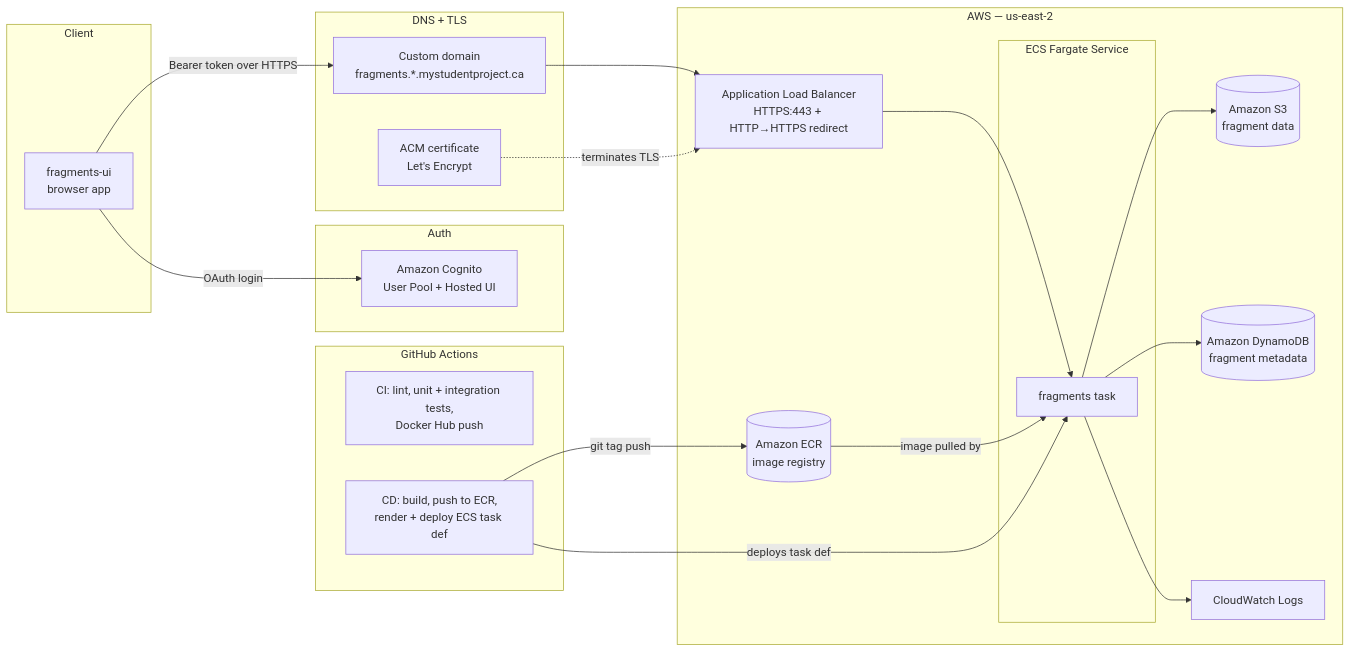
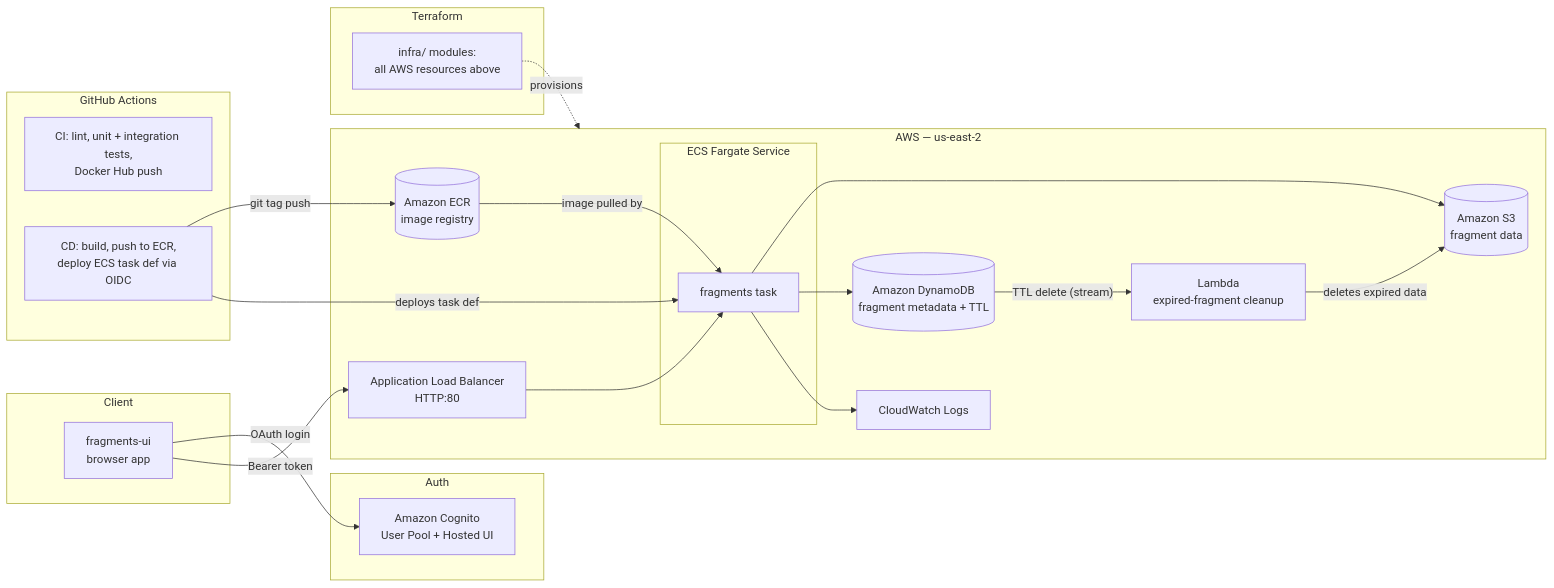
One commit to AjayMaan13/fragments changed the diagram in README.md. Above: the diagram before and after it, drawn with Mermaid. The commit also changed other lines of this file, not shown here.

Commit message:
Update README for the Terraform deployment and new features

````diff
--- a/README.md
+++ b/README.md
@@ -24,43 +28,44 @@
 ```mermaid
 flowchart LR
     subgraph Client
         UI[fragments-ui<br/>browser app]
     end
 
     subgraph Auth
         Cognito[Amazon Cognito<br/>User Pool + Hosted UI]
     end
 
-    subgraph Edge["DNS + TLS"]
-        DNS[Custom domain<br/>fragments.*.mystudentproject.ca]
-        ACM[ACM certificate<br/>Let's Encrypt]
-    end
-
     subgraph AWS["AWS — us-east-2"]
-        ALB[Application Load Balancer<br/>HTTPS:443 + HTTP→HTTPS redirect]
+        ALB[Application Load Balancer<br/>HTTP:80]
         subgraph ECS["ECS Fargate Service"]
             Task1[fragments task]
         end
         S3[(Amazon S3<br/>fragment data)]
-        Dynamo[(Amazon DynamoDB<br/>fragment metadata)]
+        Dynamo[(Amazon DynamoDB<br/>fragment metadata + TTL)]
+        Lambda[Lambda<br/>expired-fragment cleanup]
         CW[CloudWatch Logs]
         ECR[(Amazon ECR<br/>image registry)]
     end
 
     subgraph CICD["GitHub Actions"]
         CI[CI: lint, unit + integration tests,<br/>Docker Hub push]
-        CD[CD: build, push to ECR,<br/>render + deploy ECS task def]
+        CD[CD: build, push to ECR,<br/>deploy ECS task def via OIDC]
+    end
+
+    subgraph IaC["Terraform"]
+        TF[infra/ modules:<br/>all AWS resources above]
     end
 
     UI -- OAuth login --> Cognito
-    UI -- Bearer token over HTTPS --> DNS
-    DNS --> ALB
-    ACM -. terminates TLS .-> ALB
+    UI -- Bearer token --> ALB
     ALB --> Task1
     Task1 --> S3
     Task1 --> Dynamo
+    Dynamo -- "TTL delete (stream)" --> Lambda
+    Lambda -- deletes expired data --> S3
     Task1 --> CW
     CD -- git tag push --> ECR
     ECR -- image pulled by --> Task1
     CD -- deploys task def --> Task1
+    TF -. provisions .-> AWS
 ```
````
